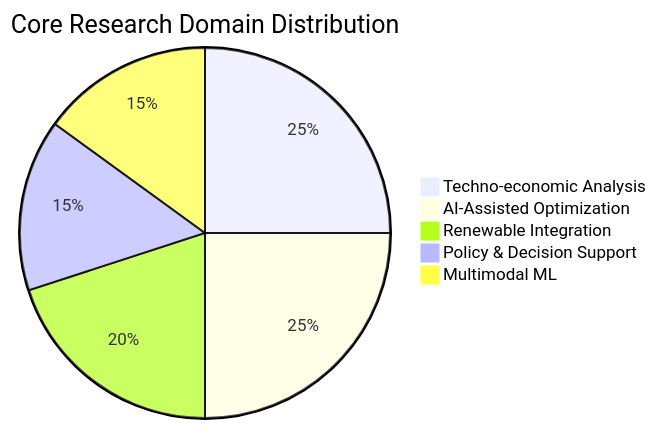
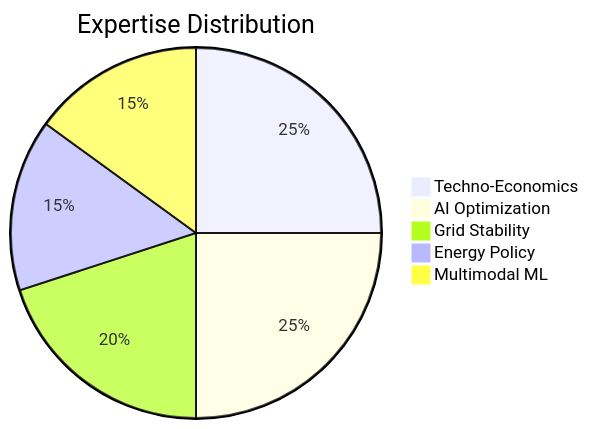
One commit to BurhanAbdullah/BurhanAbdullah changed the diagram in README.md. Above: the diagram before and after it, drawn with Mermaid. The commit also changed other lines of this file, not shown here.

Commit message:
Final Polish: Added Visitor Counter, Activity Graph, and Citations

````diff
--- a/README.md
+++ b/README.md
@@ -18,8 +18,9 @@
 ```mermaid
-pie title Core Research Domain Distribution
-    "Techno-economic Analysis" : 25
-    "AI-Assisted Optimization" : 25
-    "Renewable Integration" : 20
-    "Policy & Decision Support" : 15
+pie
+    title Expertise Distribution
+    "Techno-Economics" : 25
+    "AI Optimization" : 25
+    "Grid Stability" : 20
+    "Energy Policy" : 15
     "Multimodal ML" : 15
 ```
````
